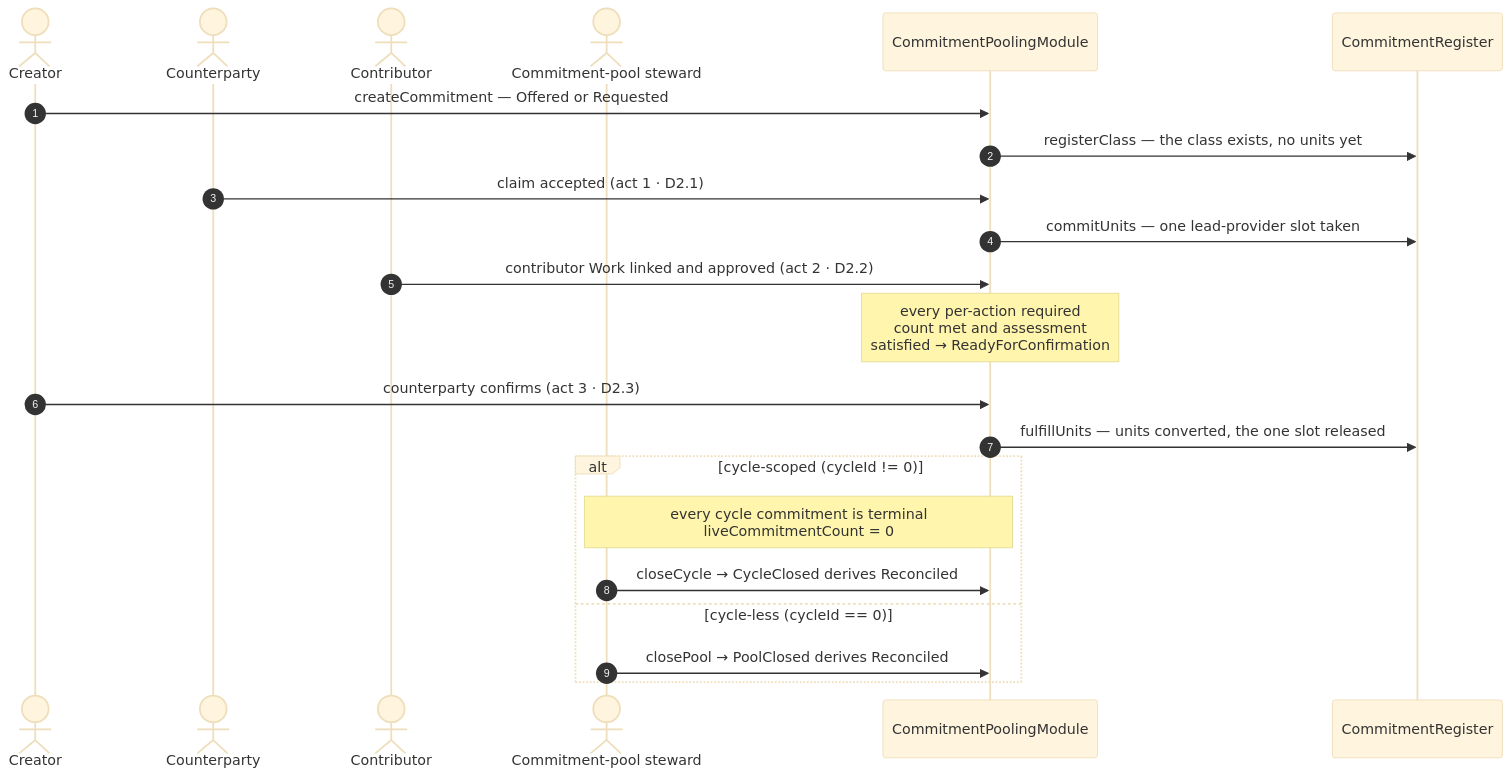
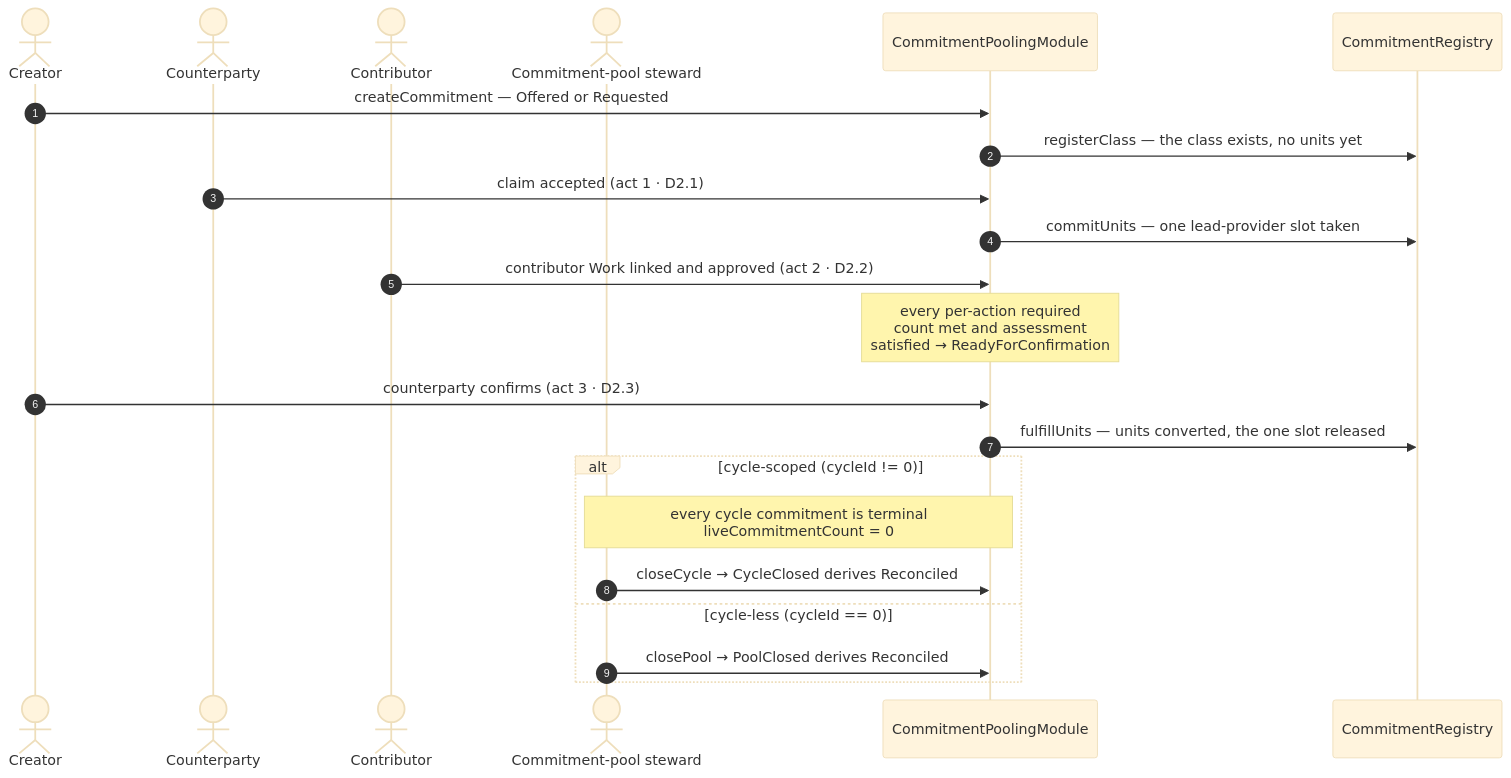
One commit to greenpill-dev-guild/green-goods changed the third of 38 diagrams in .plans/active/commitment-pooling/diagrams.md. Above: the diagram before and after it, drawn with Mermaid (base theme). The commit also changed other lines of this file and 46 other files, not shown here.

````diff
--- a/.plans/active/commitment-pooling/diagrams.md
+++ b/.plans/active/commitment-pooling/diagrams.md
@@ -292,25 +293,25 @@
 ```mermaid
 sequenceDiagram
   autonumber
   actor A as Creator
   actor B as Counterparty
   actor C as Contributor
   actor OP as Commitment-pool steward
   participant M as CommitmentPoolingModule
-  participant R as CommitmentRegister
+  participant R as CommitmentRegistry
 
   A->>M: createCommitment — Offered or Requested
   M->>R: registerClass — the class exists, no units yet
   B->>M: claim accepted (act 1 · D2.1)
   M->>R: commitUnits — one lead-provider slot taken
   C->>M: contributor Work linked and approved (act 2 · D2.2)
   Note over M: every per-action required<br/>count met and assessment<br/>satisfied → ReadyForConfirmation
   A->>M: counterparty confirms (act 3 · D2.3)
   M->>R: fulfillUnits — units converted, the one slot released
   alt cycle-scoped (cycleId != 0)
     Note over OP,M: every cycle commitment is terminal<br/>liveCommitmentCount = 0
     OP->>M: closeCycle → CycleClosed derives Reconciled
   else cycle-less (cycleId == 0)
     OP->>M: closePool → PoolClosed derives Reconciled
   end
 ```
````
